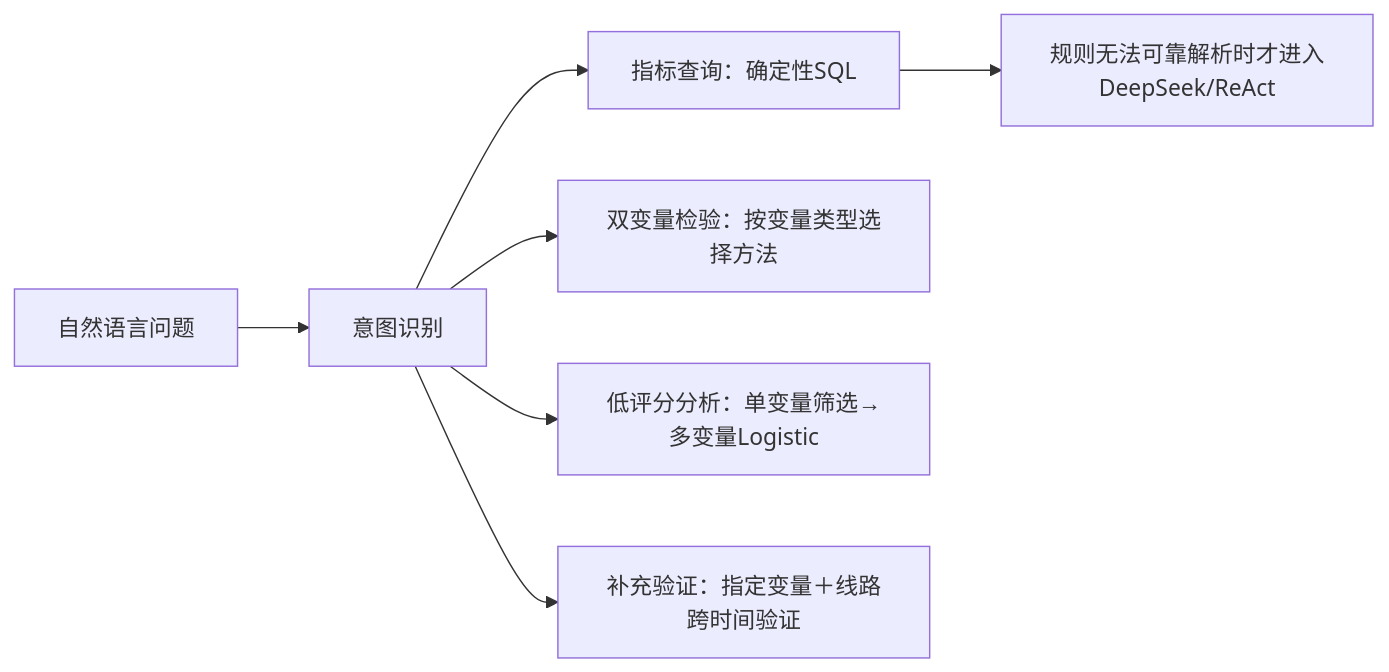
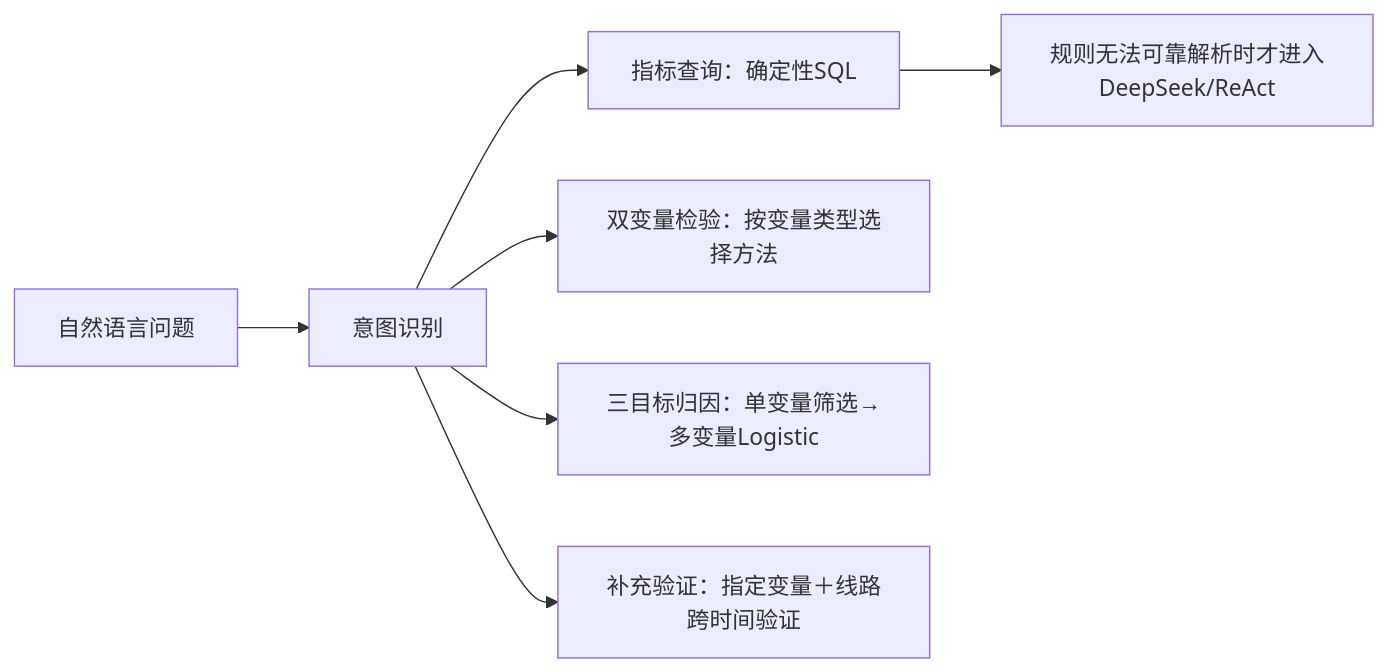
The diagram in README.md (zhanpeng911-droid/olist-qa-agent), drawn with Mermaid before and after one commit. The commit also changed other lines of this file and 46 other files, not shown here.

````diff
--- a/README.md
+++ b/README.md
@@ -17,9 +18,9 @@
 ```mermaid
 flowchart LR
     Q["自然语言问题"] --> I["意图识别"]
     I --> A["指标查询：确定性SQL"]
     I --> B["双变量检验：按变量类型选择方法"]
-    I --> C["低评分分析：单变量筛选→多变量Logistic"]
+    I --> C["三目标归因：单变量筛选→多变量Logistic"]
     I --> D["补充验证：指定变量＋线路跨时间验证"]
     A --> E["规则无法可靠解析时才进入DeepSeek/ReAct"]
 ```
````
